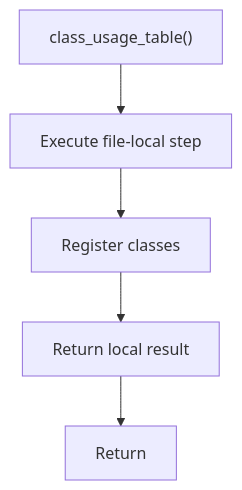
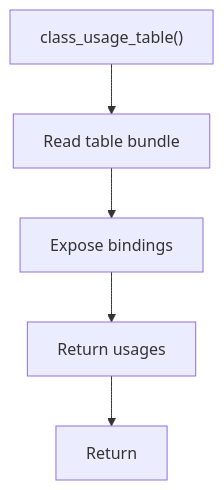
The diagram in docs/Codebase/Microservice/Modules/Source/Analysis/ImplementationUse/Resolution/Symbols/Query/Flow/functions/class_usage_table.cpp.md (JohnAndrewBalbarosa/NeoTerritory), drawn with Mermaid before and after one commit. The commit also changed other lines of this file and 147 other files, not shown here.

````diff
--- a/docs/Codebase/Microservice/Modules/Source/Analysis/ImplementationUse/Resolution/Symbols/Query/Flow/functions/class_usage_table.cpp.md
+++ b/docs/Codebase/Microservice/Modules/Source/Analysis/ImplementationUse/Resolution/Symbols/Query/Flow/functions/class_usage_table.cpp.md
@@ -17,12 +26,12 @@
 ```mermaid
 flowchart TD
     Start["class_usage_table()"]
-    N0["Execute file-local step"]
-    N1["Register classes"]
-    N2["Return local result"]
+    N0["Read table bundle"]
+    N1["Expose bindings"]
+    N2["Return usages"]
     End["Return"]
     Start --> N0
     N0 --> N1
     N1 --> N2
     N2 --> End
 ```
````
